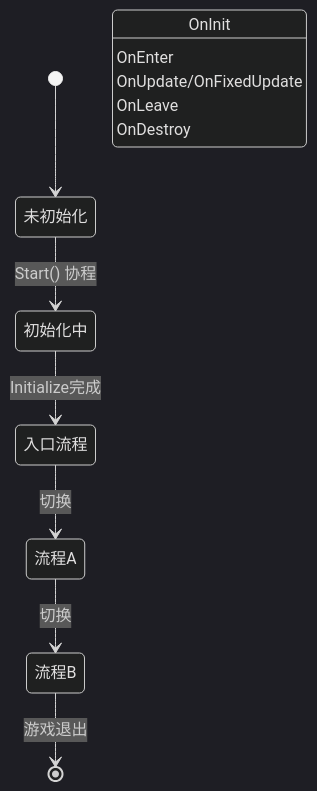
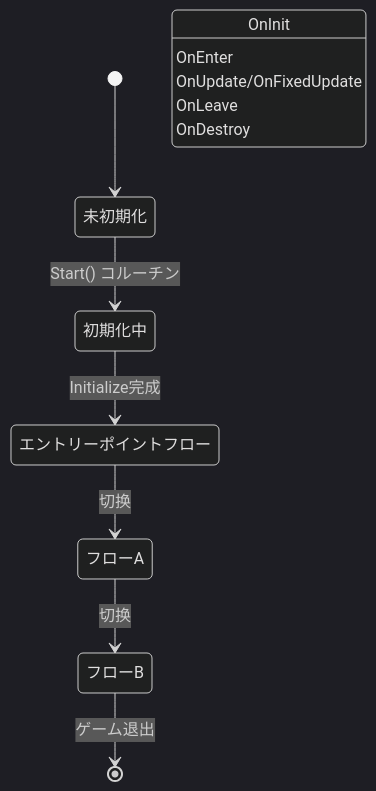
Before and after one commit to AlianBlank/GameFrameX.Docs: the second of 2 diagrams in docs/ja/client/unity/component/procedure/08.procedure-component.md, drawn with Mermaid (dark theme). The commit also changed other lines of this file and 603 other files, not shown here.

````diff
--- a/docs/ja/client/unity/component/procedure/08.procedure-component.md
+++ b/docs/ja/client/unity/component/procedure/08.procedure-component.md
@@ -179,15 +179,15 @@
 ```mermaid
 stateDiagram-v2
-    [*] --> 未初始化
-    未初始化 --> 初始化中: Start() 协程
-    初始化中 --> 入口流程: Initialize完成
-    入口流程 --> 流程A: 切换
-    流程A --> 流程B: 切换
-    流程B --> [*]: 游戏退出
+    [*] --> 未初期化
+    未初期化 --> 初期化中: Start() コルーチン
+    初期化中 --> エントリーポイントフロー: Initialize完成
+    エントリーポイントフロー --> フローA: 切换
+    フローA --> フローB: 切换
+    フローB --> [*]: ゲーム退出
     
-    状态: OnInit
-    状态: OnEnter
-    状态: OnUpdate/OnFixedUpdate
-    状态: OnLeave
-    状态: OnDestroy
+    ステータス: OnInit
+    ステータス: OnEnter
+    ステータス: OnUpdate/OnFixedUpdate
+    ステータス: OnLeave
+    ステータス: OnDestroy
 ```
````
